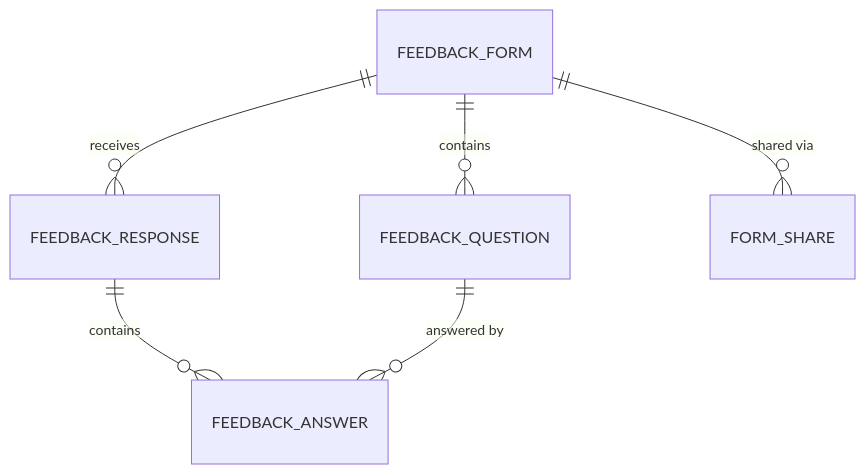
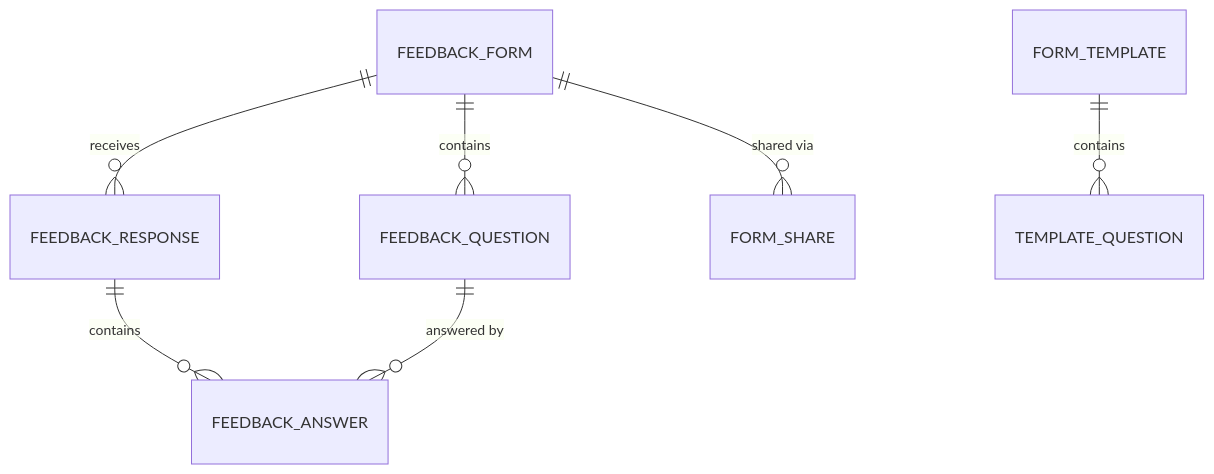
One commit to martinellich/feedback changed the diagram in docs/entity_model.md. Above: the diagram before and after it, drawn with Mermaid. The commit also changed other lines of this file and 13 other files, not shown here.

First line of the commit message:
refactor: remove template-based form creation and update tests/documentation

````diff
--- a/docs/entity_model.md
+++ b/docs/entity_model.md
@@ -5,8 +5,9 @@
 ```mermaid
 erDiagram
     FEEDBACK_FORM ||--o{ FEEDBACK_QUESTION : "contains"
     FEEDBACK_FORM ||--o{ FEEDBACK_RESPONSE : "receives"
     FEEDBACK_FORM ||--o{ FORM_SHARE : "shared via"
     FEEDBACK_RESPONSE ||--o{ FEEDBACK_ANSWER : "contains"
     FEEDBACK_QUESTION ||--o{ FEEDBACK_ANSWER : "answered by"
+    FORM_TEMPLATE ||--o{ TEMPLATE_QUESTION : "contains"
 ```
````
